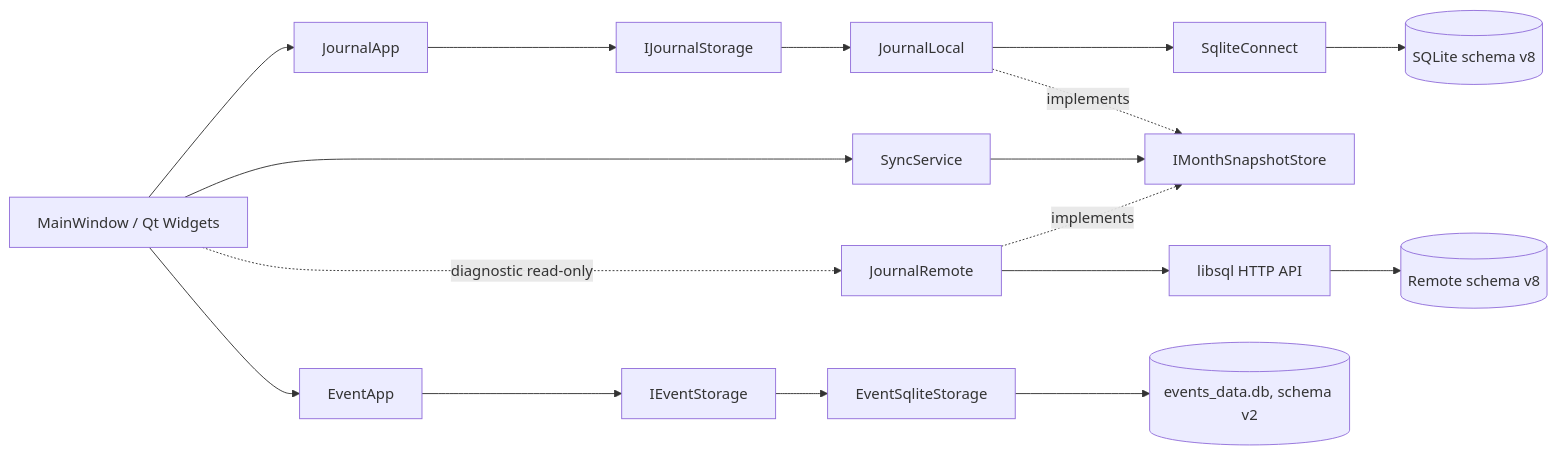
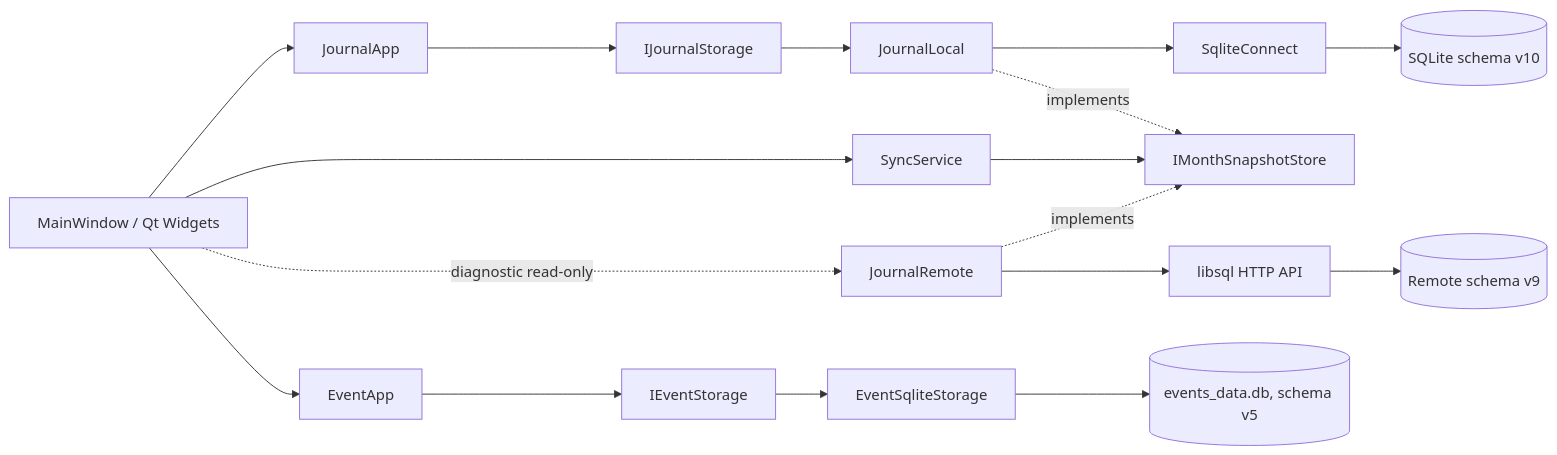
Before and after one commit to Satkhar/journal_app: the diagram in doc/arch.md, drawn with Mermaid. The commit also changed other lines of this file and 6 other files, not shown here.

````diff
--- a/doc/arch.md
+++ b/doc/arch.md
@@ -5,19 +5,19 @@
 ```mermaid
 flowchart LR
   UI[MainWindow / Qt Widgets] --> APP[JournalApp]
   APP --> ST[IJournalStorage]
   ST --> LOCAL[JournalLocal]
   LOCAL --> SQLITE[SqliteConnect]
-  SQLITE --> LDB[(SQLite schema v8)]
+  SQLITE --> LDB[(SQLite schema v10)]
   UI --> SYNC[SyncService]
   SYNC --> SNAP[IMonthSnapshotStore]
   LOCAL -. implements .-> SNAP
   REMOTE[JournalRemote] -. implements .-> SNAP
   REMOTE --> API[libsql HTTP API]
-  API --> RDB[(Remote schema v8)]
+  API --> RDB[(Remote schema v9)]
   UI -. diagnostic read-only .-> REMOTE
   UI --> EAPP[EventApp]
   EAPP --> EST[IEventStorage]
   EST --> ESQL[EventSqliteStorage]
-  ESQL --> EDB[(events_data.db, schema v2)]
+  ESQL --> EDB[(events_data.db, schema v5)]
 ```
````
